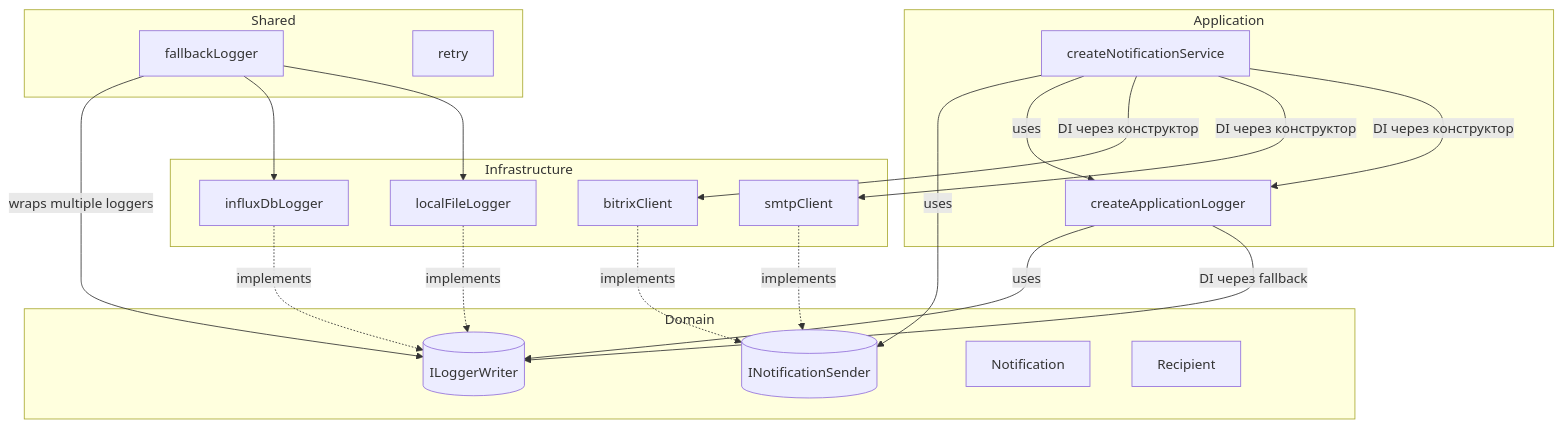
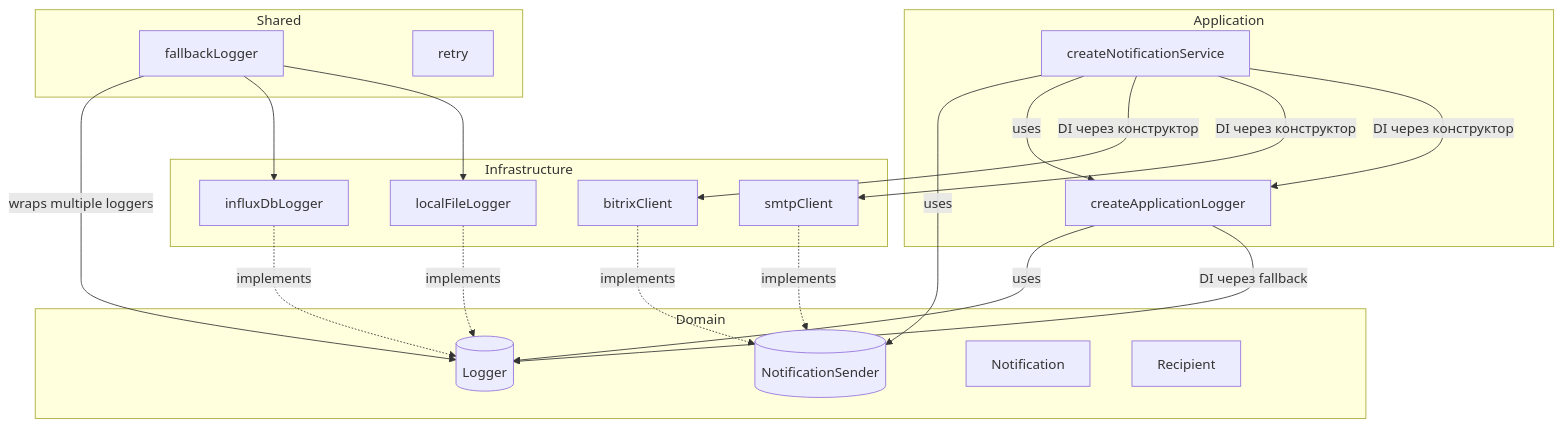
The second of 2 diagrams in docs/architecture/architecture.md (andreyantropov/notification-service), drawn with Mermaid before and after one commit. The commit also changed other lines of this file and 54 other files, not shown here.

````diff
--- a/docs/architecture/architecture.md
+++ b/docs/architecture/architecture.md
@@ -130,37 +127,37 @@
 ```mermaid
 graph TD
     subgraph Domain
-        INotificationSender[(INotificationSender)]
-        ILoggerWriter[(ILoggerWriter)]
+        NotificationSender[(NotificationSender)]
+        Logger[(Logger)]
         Notification[Notification]
         Recipient[Recipient]
     end
     subgraph Application
         NotificationService[createNotificationService]
         NotificationLoggerClient[createApplicationLogger]
     end
     subgraph Infrastructure
         BitrixClient[bitrixClient]
         SmtpClient[smtpClient]
         InfluxDbLogger[influxDbLogger]
         LocalFileLogger[localFileLogger]
     end
     subgraph Shared
         FallbackLogger[fallbackLogger]
         Retry[retry]
     end
-    NotificationLoggerClient -->|uses| ILoggerWriter
-    NotificationService -->|uses| INotificationSender
+    NotificationLoggerClient -->|uses| Logger
+    NotificationService -->|uses| NotificationSender
     NotificationService -->|uses| NotificationLoggerClient
-    BitrixClient -.->|implements| INotificationSender
-    SmtpClient -.->|implements| INotificationSender
-    InfluxDbLogger -.->|implements| ILoggerWriter
-    LocalFileLogger -.->|implements| ILoggerWriter
-    FallbackLogger -->|wraps multiple loggers| ILoggerWriter
+    BitrixClient -.->|implements| NotificationSender
+    SmtpClient -.->|implements| NotificationSender
+    InfluxDbLogger -.->|implements| Logger
+    LocalFileLogger -.->|implements| Logger
+    FallbackLogger -->|wraps multiple loggers| Logger
     FallbackLogger --> InfluxDbLogger
     FallbackLogger --> LocalFileLogger
     NotificationService -->|DI через конструктор| BitrixClient
     NotificationService -->|DI через конструктор| SmtpClient
     NotificationService -->|DI через конструктор| NotificationLoggerClient
-    NotificationLoggerClient -->|DI через fallback| ILoggerWriter
+    NotificationLoggerClient -->|DI через fallback| Logger
 ```
````
